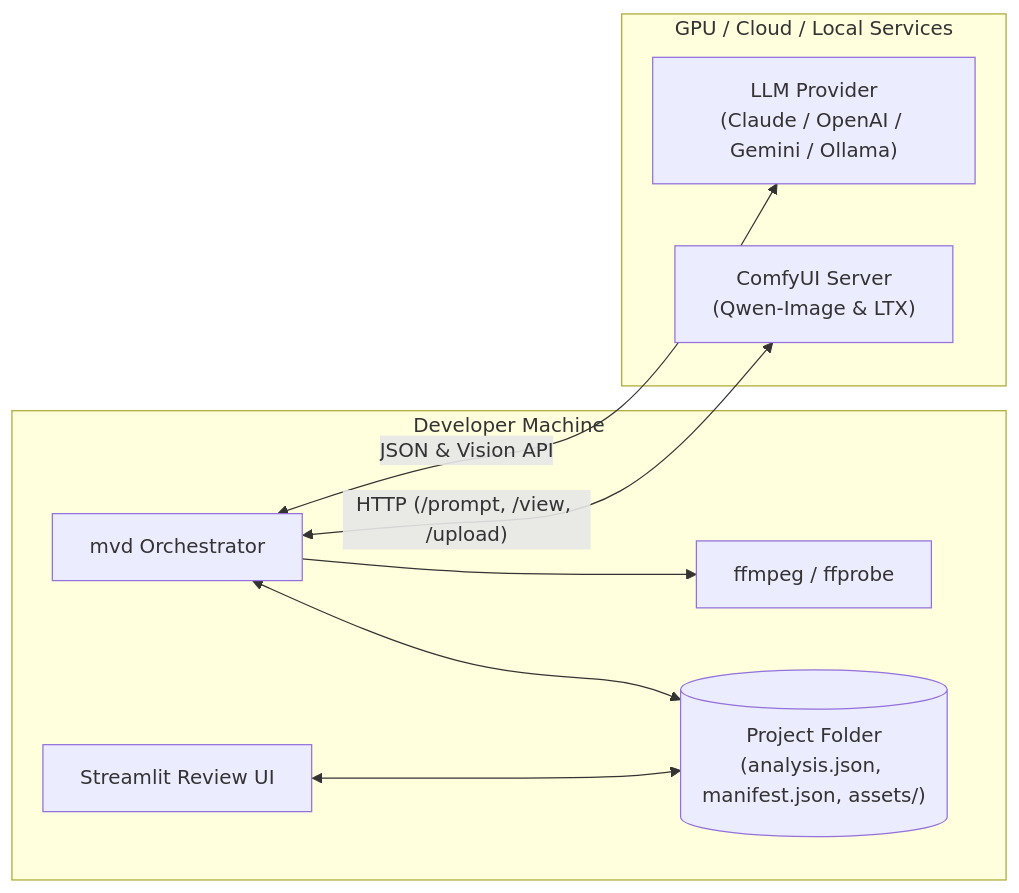
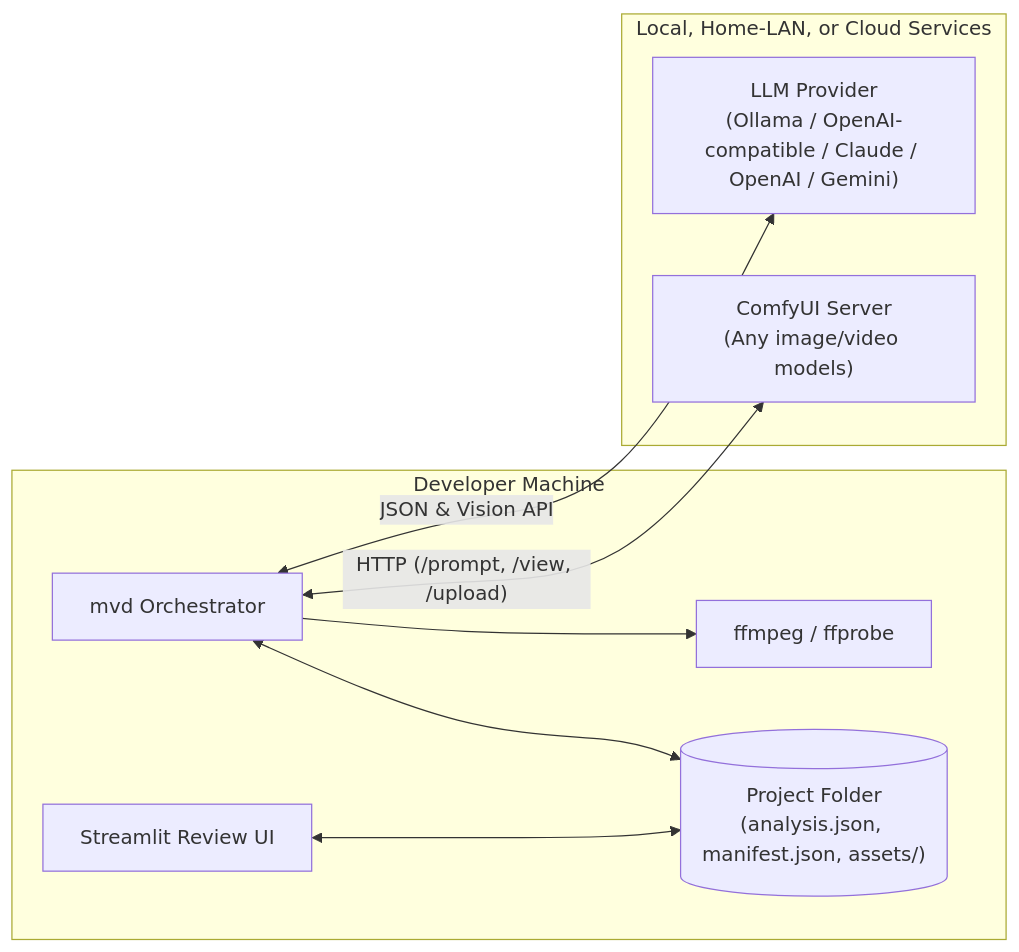
Before and after one commit to sherwinlu/mvdirector: the first of 13 diagrams in mvdirector_engineering_guide.md, drawn with Mermaid. The commit also changed other lines of this file and 82 other files, not shown here.

````diff
--- a/mvdirector_engineering_guide.md
+++ b/mvdirector_engineering_guide.md
@@ -57,18 +57,18 @@
 ```mermaid
 flowchart LR
     subgraph Local["Developer Machine"]
         CLI["mvd Orchestrator"]
         FF["ffmpeg / ffprobe"]
         FS[("Project Folder\n(analysis.json, manifest.json, assets/)")]
         UI["Streamlit Review UI"]
     end
-    subgraph Remote["GPU / Cloud / Local Services"]
-        Comfy["ComfyUI Server\n(Qwen-Image & LTX)"]
-        LLM["LLM Provider\n(Claude / OpenAI / Gemini / Ollama)"]
+    subgraph Remote["Local, Home-LAN, or Cloud Services"]
+        Comfy["ComfyUI Server\n(Any image/video models)"]
+        LLM["LLM Provider\n(Ollama / OpenAI-compatible / Claude / OpenAI / Gemini)"]
     end
     CLI <--> FS
     CLI --> FF
     UI <--> FS
     CLI <-->|"HTTP (/prompt, /view, /upload)"| Comfy
     CLI <-->|"JSON & Vision API"| LLM
 ```
````
